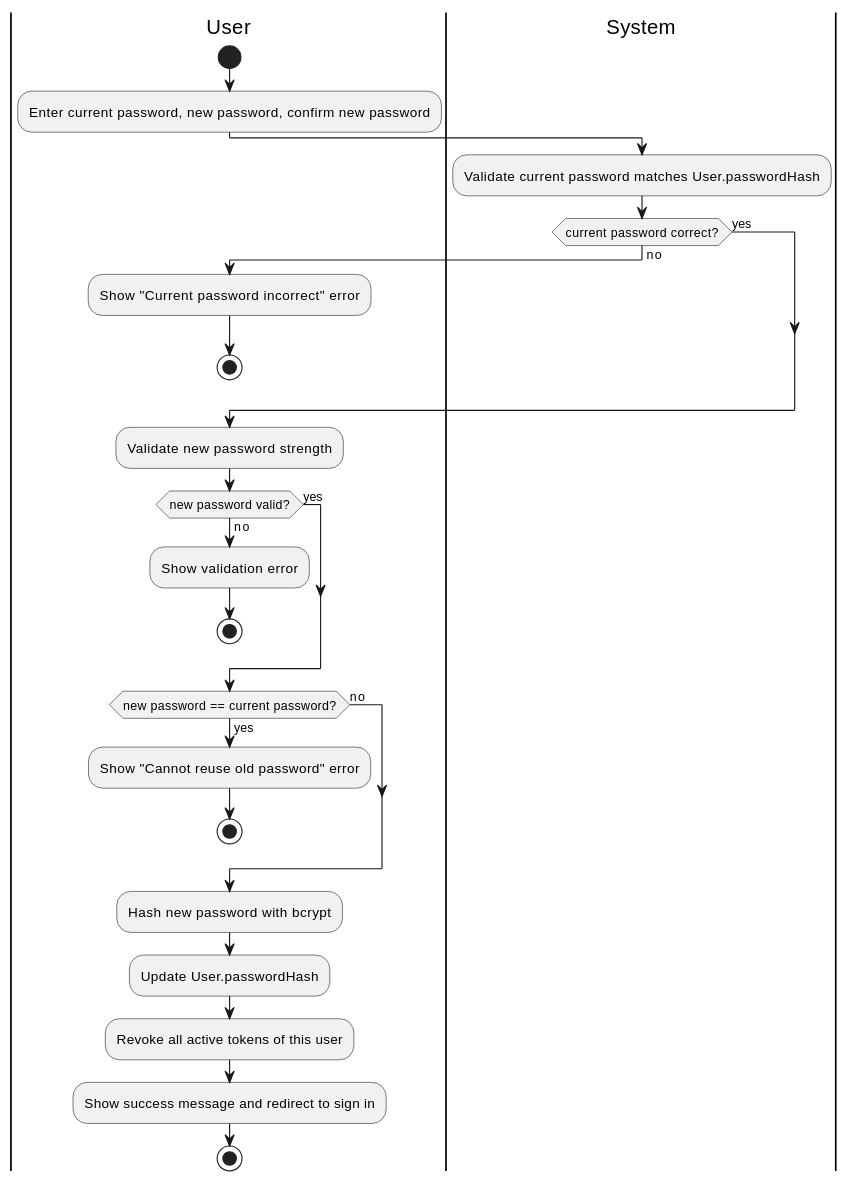
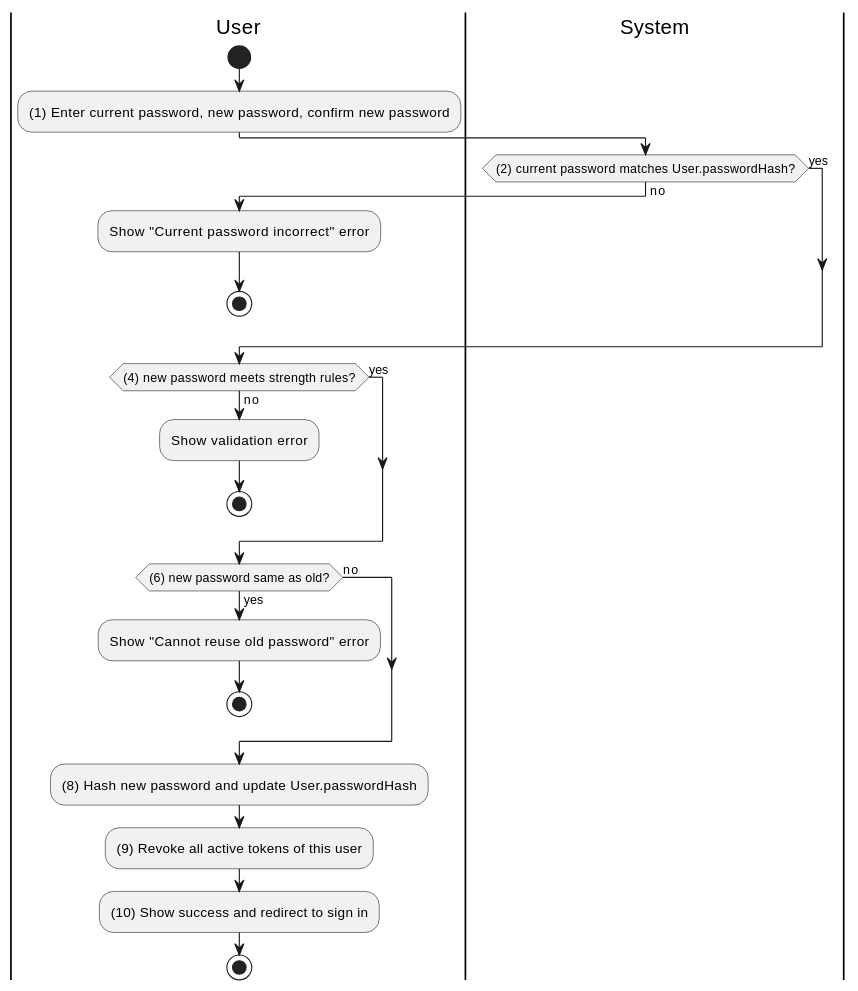
Before and after one commit to MinhThienNguyen040905/SE356---He-thong-phong-kham: the sixth of 27 diagrams in Docs/SRS.md, drawn with PlantUML. The commit also changed other lines of this file, not shown here.

Commit message:
Implement feature X to enhance user experience and optimize performance

````diff
--- a/Docs/SRS.md
+++ b/Docs/SRS.md
@@ -437,34 +409,31 @@
 ```plantuml
 @startuml
 |User|
 start
-:Enter current password, new password, confirm new password;
+:(1) Enter current password, new password, confirm new password;
 |System|
-:Validate current password matches User.passwordHash;
-if (current password correct?) then (no)
+if ((2) current password matches User.passwordHash?) then (no)
   |User|
   :Show "Current password incorrect" error;
   stop
 else (yes)
 endif
-:Validate new password strength;
-if (new password valid?) then (no)
+if ((4) new password meets strength rules?) then (no)
   |User|
   :Show validation error;
   stop
 else (yes)
 endif
-if (new password == current password?) then (yes)
+if ((6) new password same as old?) then (yes)
   |User|
   :Show "Cannot reuse old password" error;
   stop
 else (no)
 endif
-:Hash new password with bcrypt;
-:Update User.passwordHash;
-:Revoke all active tokens of this user;
+:(8) Hash new password and update User.passwordHash;
+:(9) Revoke all active tokens of this user;
 |User|
-:Show success message and redirect to sign in;
+:(10) Show success and redirect to sign in;
 stop
 @enduml
 ```
````
